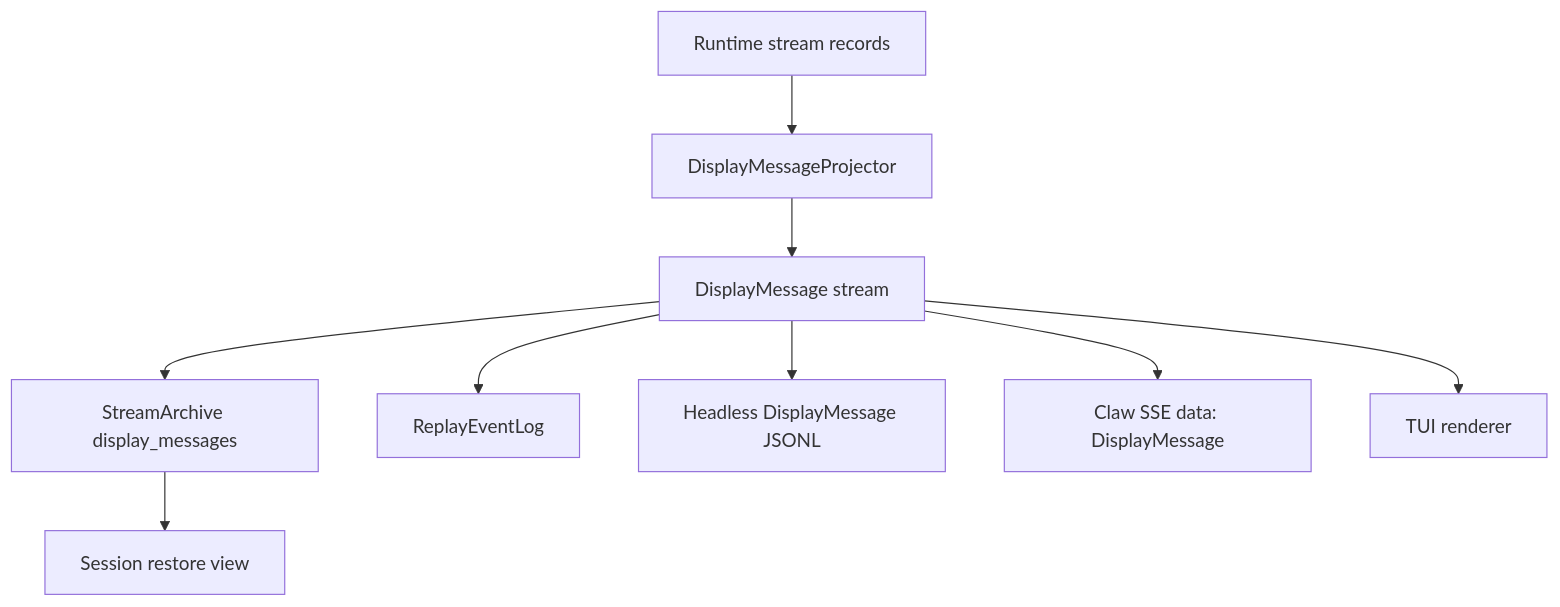
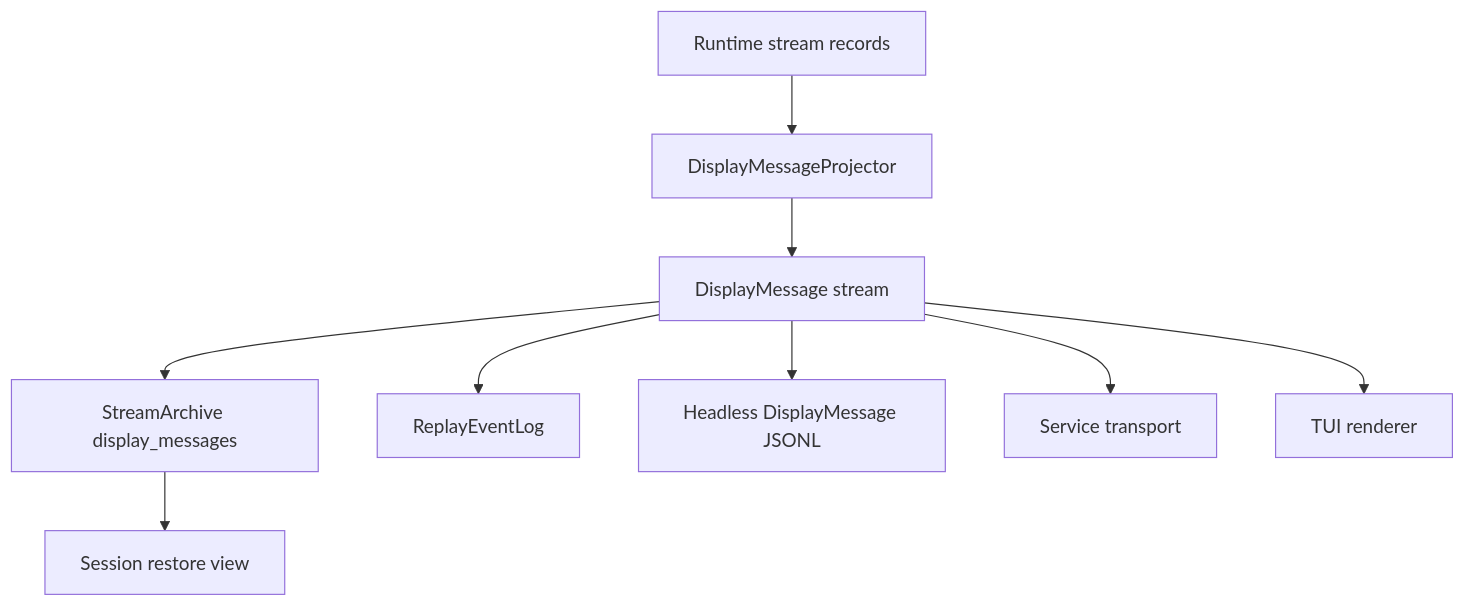
Before and after one commit to Wh1isper/starweaver: the diagram in spec/ops/04-cli-product.md, drawn with Mermaid. The commit also changed other lines of this file and 216 other files, not shown here.

First line of the commit message:
feat: add SDK primitives and remove Claw service

````diff
--- a/spec/ops/04-cli-product.md
+++ b/spec/ops/04-cli-product.md
@@ -129,21 +122,21 @@
 ```mermaid
 flowchart TD
     runtime[Runtime stream records]
     projector[DisplayMessageProjector]
     display[DisplayMessage stream]
     archive[StreamArchive display_messages]
     replay[ReplayEventLog]
     stdio[Headless DisplayMessage JSONL]
-    sse[Claw SSE data: DisplayMessage]
+    service[Service transport]
     tui[TUI renderer]
     restore[Session restore view]
 
     runtime --> projector
     projector --> display
     display --> archive
     display --> replay
     display --> stdio
-    display --> sse
+    display --> service
     display --> tui
     archive --> restore
 ```
````
